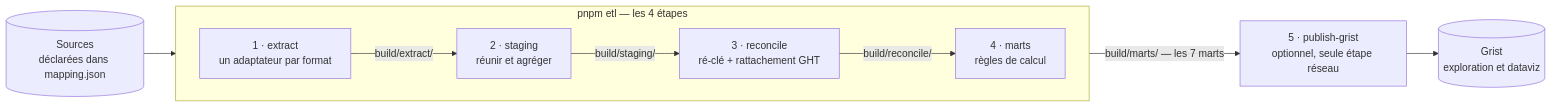
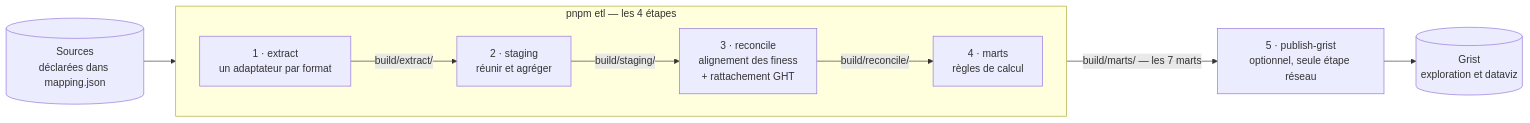
The diagram in apps/data-analyzer/README.md (betagouv/transports-sanitaires), drawn with Mermaid before and after one commit. The commit also changed other lines of this file and 6 other files, not shown here.

First line of the commit message:
docs(data-analyzer): nomme « alignement des finess » ce qu'on appelait « ré-clé »

````diff
--- a/apps/data-analyzer/README.md
+++ b/apps/data-analyzer/README.md
@@ -19,19 +19,19 @@
 ```mermaid
 flowchart LR
     SRC[("Sources<br/>déclarées dans mapping.json")]
 
     subgraph ETL["pnpm etl — les 4 étapes"]
         direction LR
         E["1 · extract<br/>un adaptateur par format"]
         S["2 · staging<br/>réunir et agréger"]
-        R["3 · reconcile<br/>ré-clé + rattachement GHT"]
+        R["3 · reconcile<br/>alignement des finess<br/>+ rattachement GHT"]
         M["4 · marts<br/>règles de calcul"]
         E -->|"build/extract/"| S -->|"build/staging/"| R -->|"build/reconcile/"| M
     end
 
     P["5 · publish-grist<br/>optionnel, seule étape réseau"]
     G[("Grist<br/>exploration et dataviz")]
 
     SRC --> E
     M -->|"build/marts/ — les 7 marts"| P --> G
 ```
````
